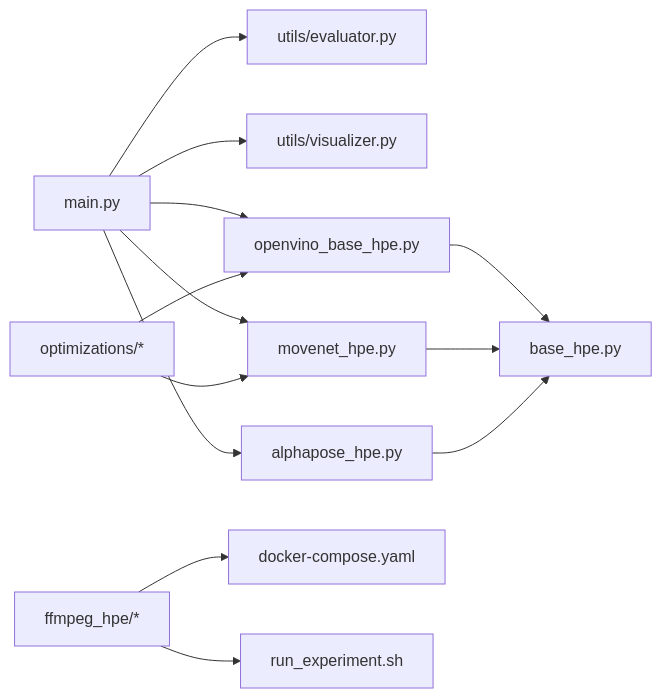
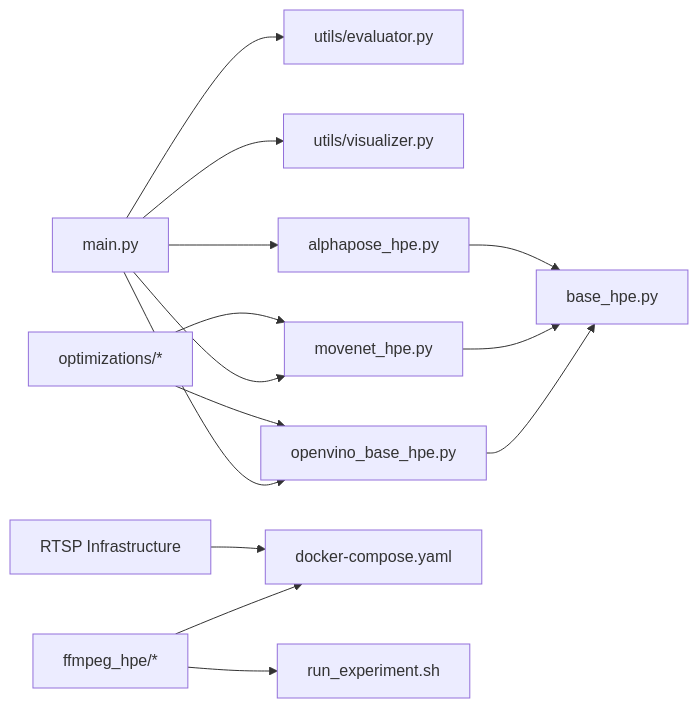
Before and after one commit to Fogus-Gr/MeasurementsDTs: the eighth of 8 diagrams in .qoder/repowiki/en/content/Getting Started/Session Report 2026-05-06.md, drawn with Mermaid. The commit also changed other lines of this file and 12 other files, not shown here.

````diff
--- a/.qoder/repowiki/en/content/Getting Started/Session Report 2026-05-06.md
+++ b/.qoder/repowiki/en/content/Getting Started/Session Report 2026-05-06.md
@@ -321,15 +390,16 @@
 ```mermaid
 graph LR
 M["main.py"] --> EV["utils/evaluator.py"]
 M --> VZ["utils/visualizer.py"]
 M --> OV["openvino_base_hpe.py"]
 M --> MV["movenet_hpe.py"]
 M --> AP["alphapose_hpe.py"]
 OV --> BO["base_hpe.py"]
 MV --> BO
 AP --> BO
 OPT["optimizations/*"] --> OV
 OPT --> MV
 EXP["ffmpeg_hpe/*"] --> DC["docker-compose.yaml"]
 EXP --> RE["run_experiment.sh"]
+RTSP["RTSP Infrastructure"] --> DC
 ```
````
